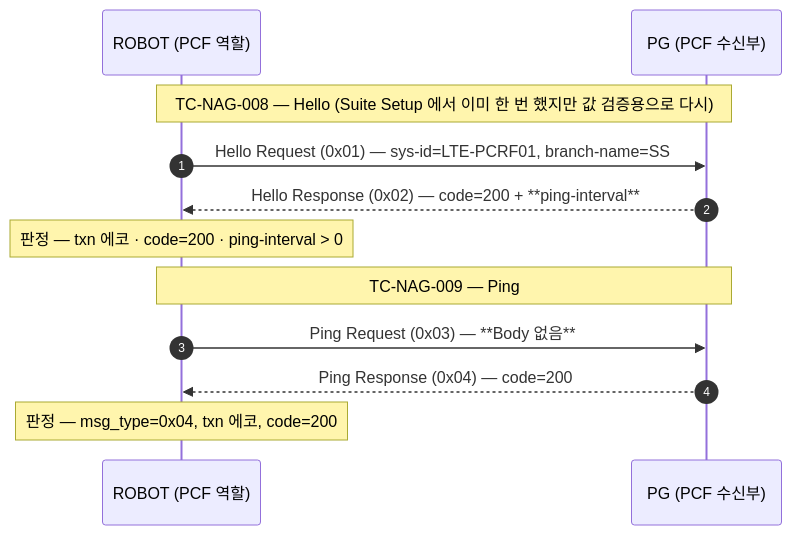
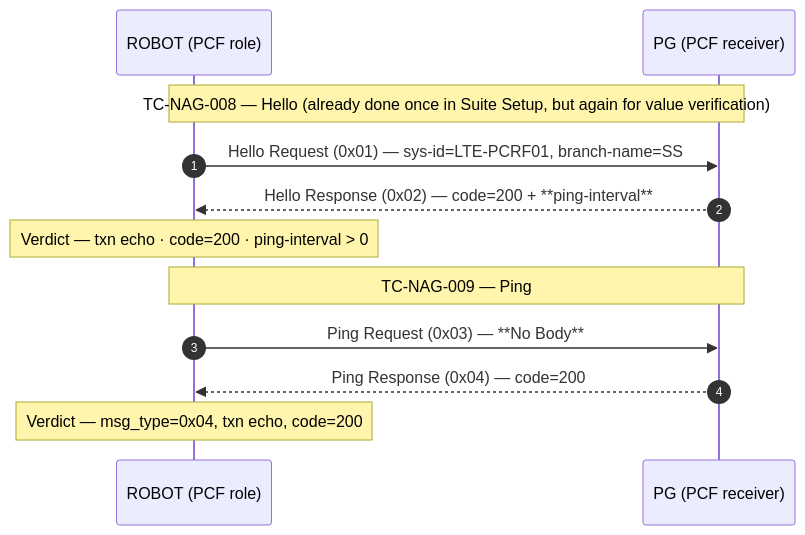
Before and after one commit to IanKim2030/tc4robot: the third of 3 diagrams in docs/callflow/pcf_callflow.md, drawn with Mermaid. The commit also changed other lines of this file and 83 other files, not shown here.

````diff
--- a/docs/callflow/pcf_callflow.md
+++ b/docs/callflow/pcf_callflow.md
@@ -116,16 +116,16 @@
 ```mermaid
 sequenceDiagram
     autonumber
-    participant TOOL as ROBOT (PCF 역할)
-    participant PG as PG (PCF 수신부)
+    participant TOOL as ROBOT (PCF role)
+    participant PG as PG (PCF receiver)
 
-    Note over TOOL,PG: TC-NAG-008 — Hello (Suite Setup 에서 이미 한 번 했지만 값 검증용으로 다시)
+    Note over TOOL,PG:TC-NAG-008 — Hello (already done once in Suite Setup, but again for value verification)
     TOOL->>PG: Hello Request (0x01) — sys-id=LTE-PCRF01, branch-name=SS
     PG-->>TOOL: Hello Response (0x02) — code=200 + **ping-interval**
-    Note over TOOL: 판정 — txn 에코 · code=200 · ping-interval > 0
+    Note over TOOL:Verdict — txn echo · code=200 · ping-interval > 0
 
     Note over TOOL,PG: TC-NAG-009 — Ping
-    TOOL->>PG: Ping Request (0x03) — **Body 없음**
+    TOOL->>PG:Ping Request (0x03) — **No Body**
     PG-->>TOOL: Ping Response (0x04) — code=200
-    Note over TOOL: 판정 — msg_type=0x04, txn 에코, code=200
+    Note over TOOL:Verdict — msg_type=0x04, txn echo, code=200
 ```
````
